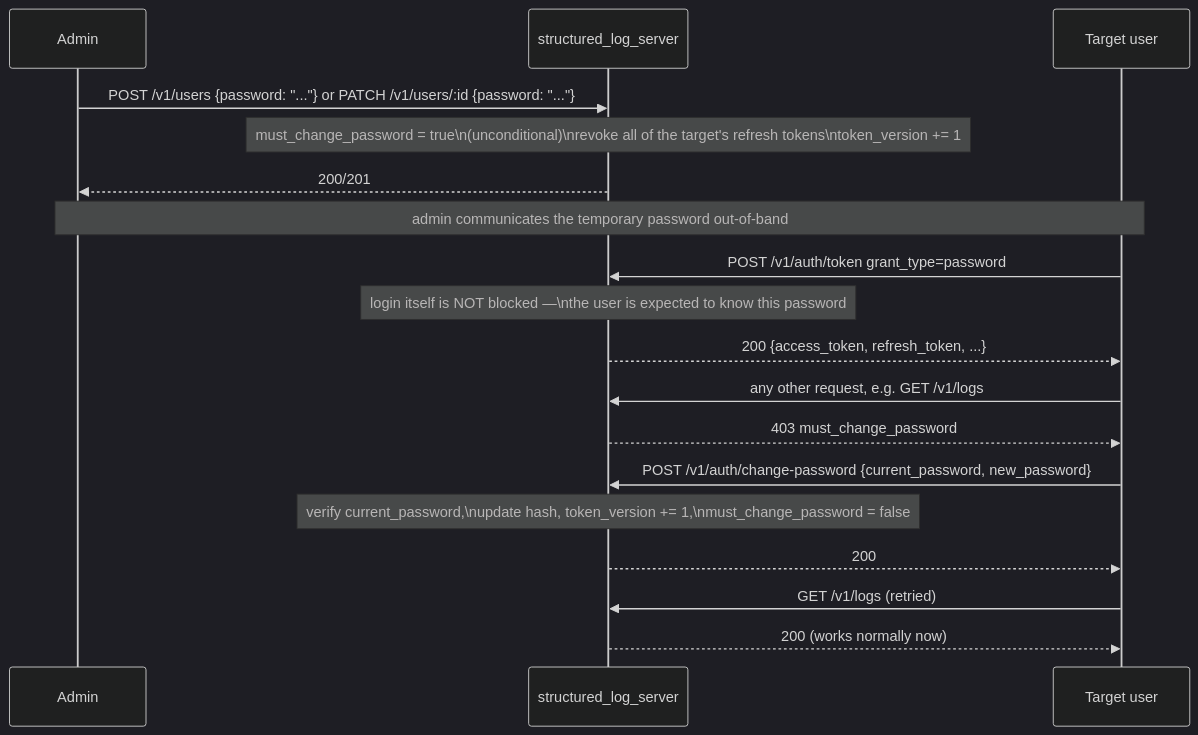
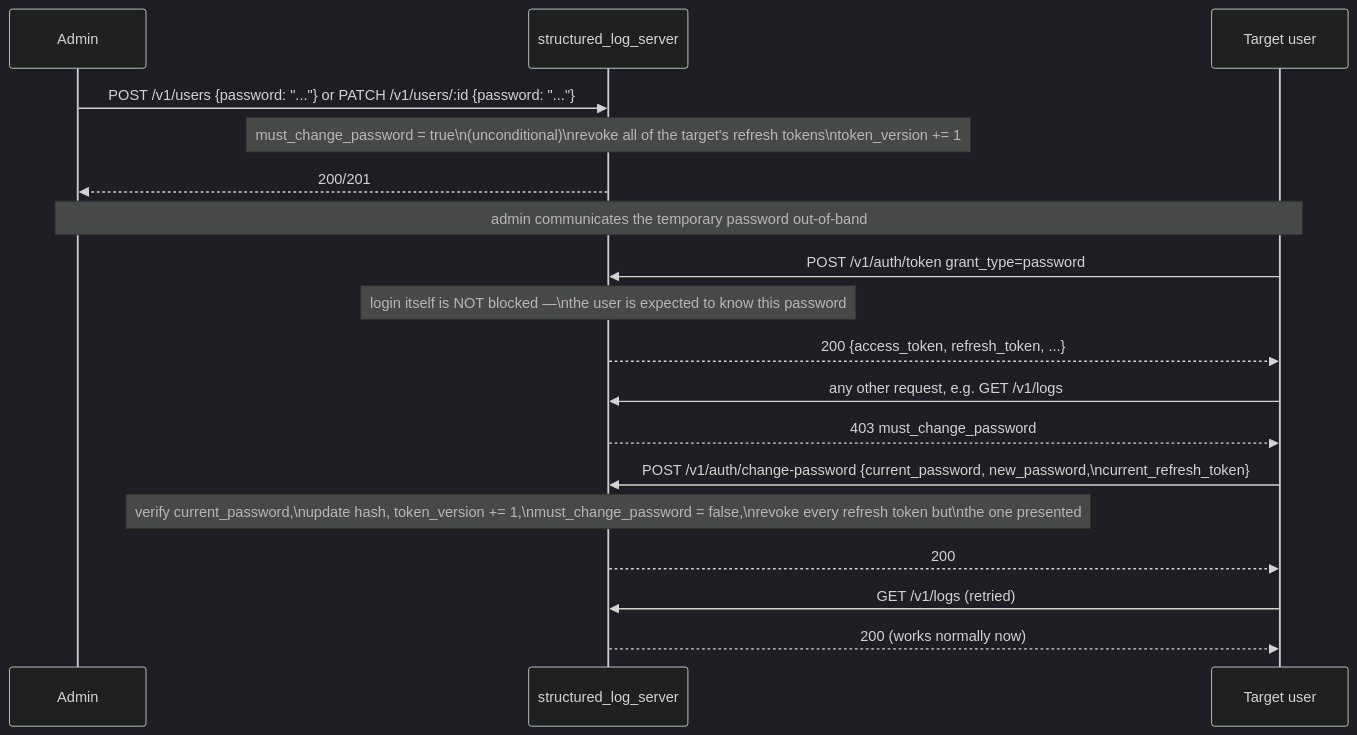
The fifth of 6 diagrams in docs/architecture/auth.md (pese-git/structured_log), drawn with Mermaid (dark theme) before and after one commit. The commit also changed other lines of this file and 40 other files, not shown here.

````diff
--- a/docs/architecture/auth.md
+++ b/docs/architecture/auth.md
@@ -374,26 +374,26 @@
 ```mermaid
 sequenceDiagram
     participant Admin
     participant Srv as structured_log_server
     participant User as Target user
 
     Admin->>Srv: POST /v1/users {password: "..."} or PATCH /v1/users/:id {password: "..."}
     Note over Srv: must_change_password = true\n(unconditional)\nrevoke all of the target's refresh tokens\ntoken_version += 1
     Srv-->>Admin: 200/201
 
     Note over Admin,User: admin communicates the temporary password out-of-band
 
     User->>Srv: POST /v1/auth/token grant_type=password
     Note over Srv: login itself is NOT blocked —\nthe user is expected to know this password
     Srv-->>User: 200 {access_token, refresh_token, ...}
 
     User->>Srv: any other request, e.g. GET /v1/logs
     Srv-->>User: 403 must_change_password
 
-    User->>Srv: POST /v1/auth/change-password {current_password, new_password}
-    Note over Srv: verify current_password,\nupdate hash, token_version += 1,\nmust_change_password = false
+    User->>Srv: POST /v1/auth/change-password {current_password, new_password,\ncurrent_refresh_token}
+    Note over Srv: verify current_password,\nupdate hash, token_version += 1,\nmust_change_password = false,\nrevoke every refresh token but\nthe one presented
     Srv-->>User: 200
 
     User->>Srv: GET /v1/logs (retried)
     Srv-->>User: 200 (works normally now)
 ```
````
